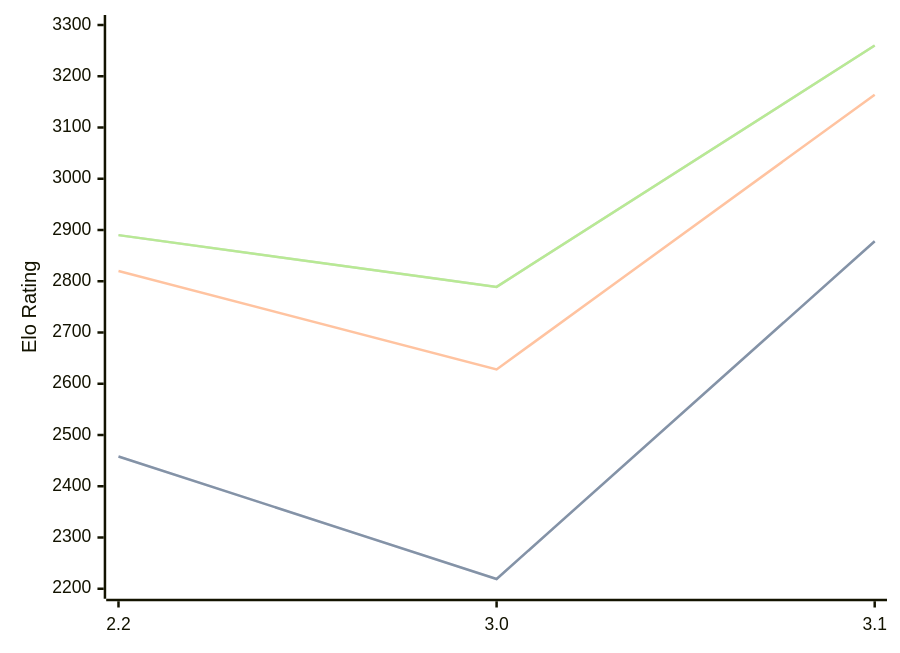
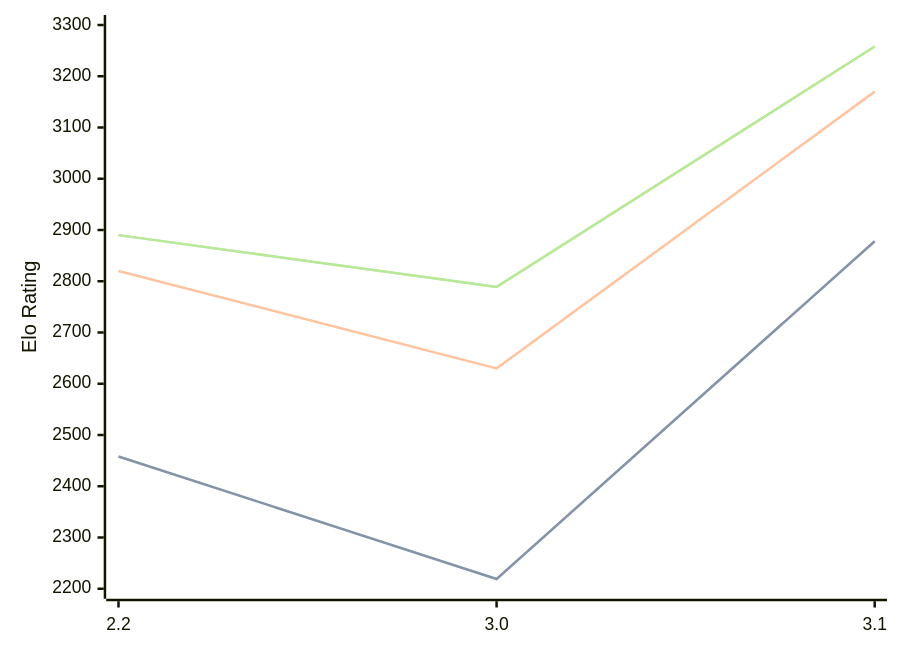
Before and after one commit to computer-chess-index/cci: the diagram in engines/Thrawn.md, drawn with Mermaid. The commit also changed other lines of this file, not shown here.

Commit message:
Update CCI Ratings (ELO VLTC) - 2026-08-06

````diff
--- a/engines/Thrawn.md
+++ b/engines/Thrawn.md
@@ -41,11 +41,11 @@
 ```mermaid
 %%{init: {"theme":"base","themeVariables":{"seriesColors:['#a3a3a3','#222221','#faa371']}}}%%
 xychart-beta
   x-axis ["2.2", "3.0", "3.1"]
   y-axis "Elo Rating" 2200 --> 3300
   line "STC (8.0+0.08s)" [2458, 2219, 2878]
   line "STC (8.0+0.08s)" [2458, 2219, 2878]
-  line "LTC (60.0+0.60s)" [2820, 2628, 3164]
-  line "VLTC (2m24s+1.12s)" [2890, 2789, 3260]
-  line "VLTC (2m24s+1.12s)" [2890, 2789, 3260]
+  line "LTC (60.0+0.60s)" [2820, 2630, 3170]
+  line "VLTC (2m24s+1.12s)" [2890, 2789, 3258]
+  line "VLTC (2m24s+1.12s)" [2890, 2789, 3258]
 ```
````
